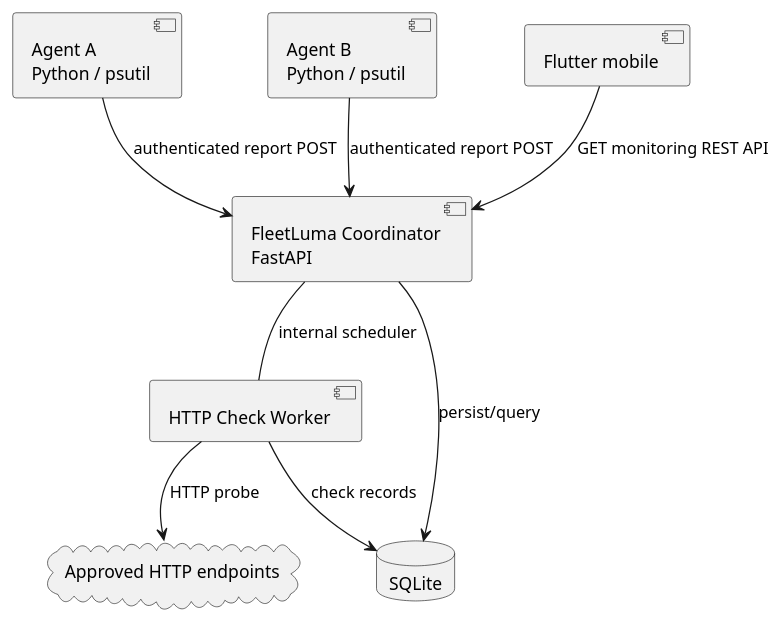
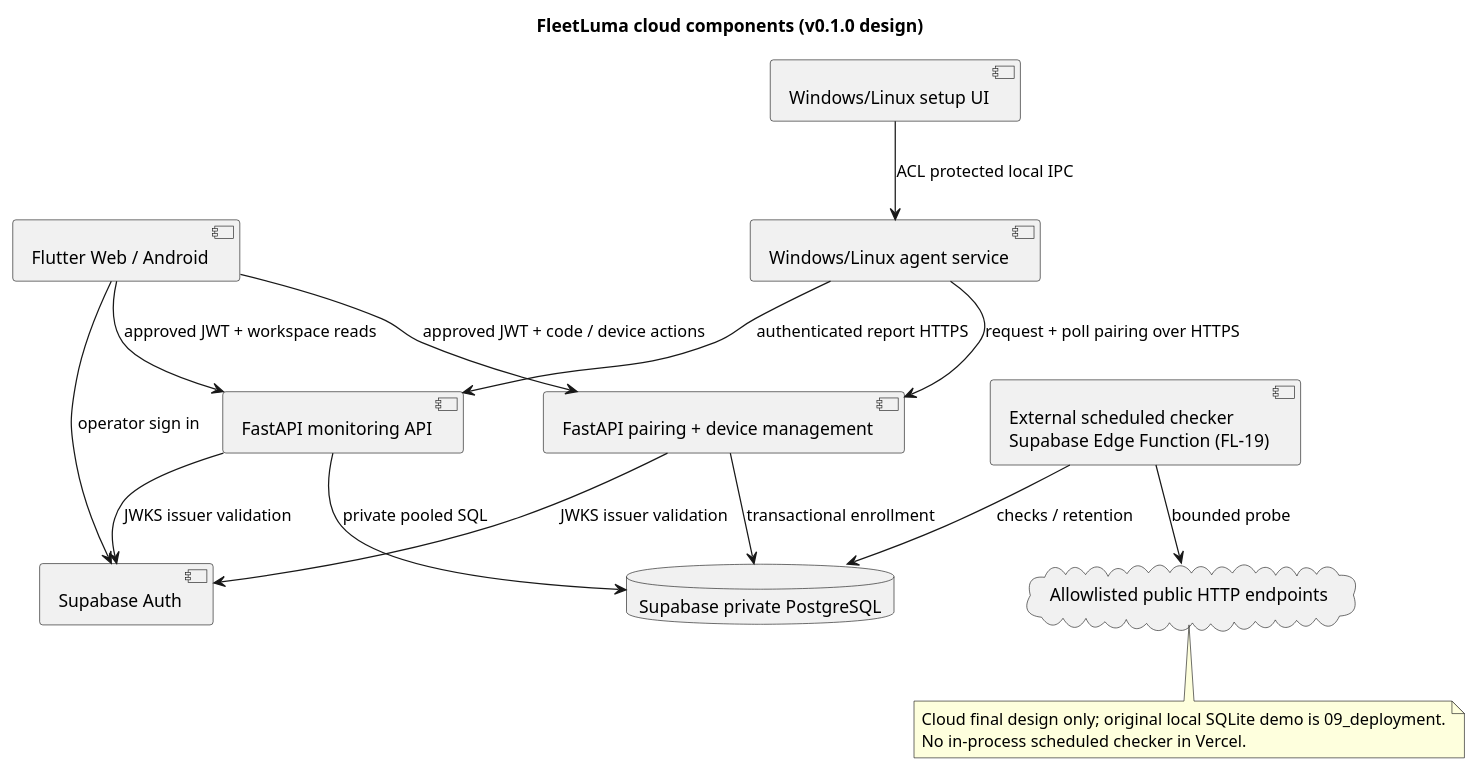
Before and after one commit to Adam-BArbia/fleetluma: the diagram in docs/uml/plantuml/07_component.puml, drawn with PlantUML.

Commit message:
docs(FL-31): synchronize 07_component.puml with cloud pairing model

```diff
--- a/docs/uml/plantuml/07_component.puml
+++ b/docs/uml/plantuml/07_component.puml
@@ -1,16 +1,28 @@
 @startuml 07_component
-component "Agent A\nPython / psutil" as AgentA
-component "Agent B\nPython / psutil" as AgentB
-component "FleetLuma Coordinator\nFastAPI" as Backend
-component "HTTP Check Worker" as Worker
-database "SQLite" as DB
-component "Flutter mobile" as Mobile
-cloud "Approved HTTP endpoints" as Endpoint
-AgentA --> Backend : authenticated report POST
-AgentB --> Backend : authenticated report POST
-Mobile --> Backend : GET monitoring REST API
-Backend --> DB : persist/query
-Worker --> DB : check records
-Backend -- Worker : internal scheduler
-Worker --> Endpoint : HTTP probe
+title FleetLuma cloud components (v0.1.0 design)
+component "Windows/Linux setup UI" as Setup
+component "Windows/Linux agent service" as Agent
+component "Flutter Web / Android" as Client
+component "FastAPI pairing + device management" as Pair
+component "FastAPI monitoring API" as Monitor
+component "Supabase Auth" as Auth
+database "Supabase private PostgreSQL" as DB
+component "External scheduled checker\nSupabase Edge Function (FL-19)" as Worker
+cloud "Allowlisted public HTTP endpoints" as Endpoints
+Setup --> Agent : ACL protected local IPC
+Agent --> Pair : request + poll pairing over HTTPS
+Agent --> Monitor : authenticated report HTTPS
+Client --> Pair : approved JWT + code / device actions
+Client --> Monitor : approved JWT + workspace reads
+Client --> Auth : operator sign in
+Pair --> Auth : JWKS issuer validation
+Monitor --> Auth : JWKS issuer validation
+Pair --> DB : transactional enrollment
+Monitor --> DB : private pooled SQL
+Worker --> DB : checks / retention
+Worker --> Endpoints : bounded probe
+note bottom
+ Cloud final design only; original local SQLite demo is 09_deployment.
+ No in-process scheduled checker in Vercel.
+end note
 @enduml
```
